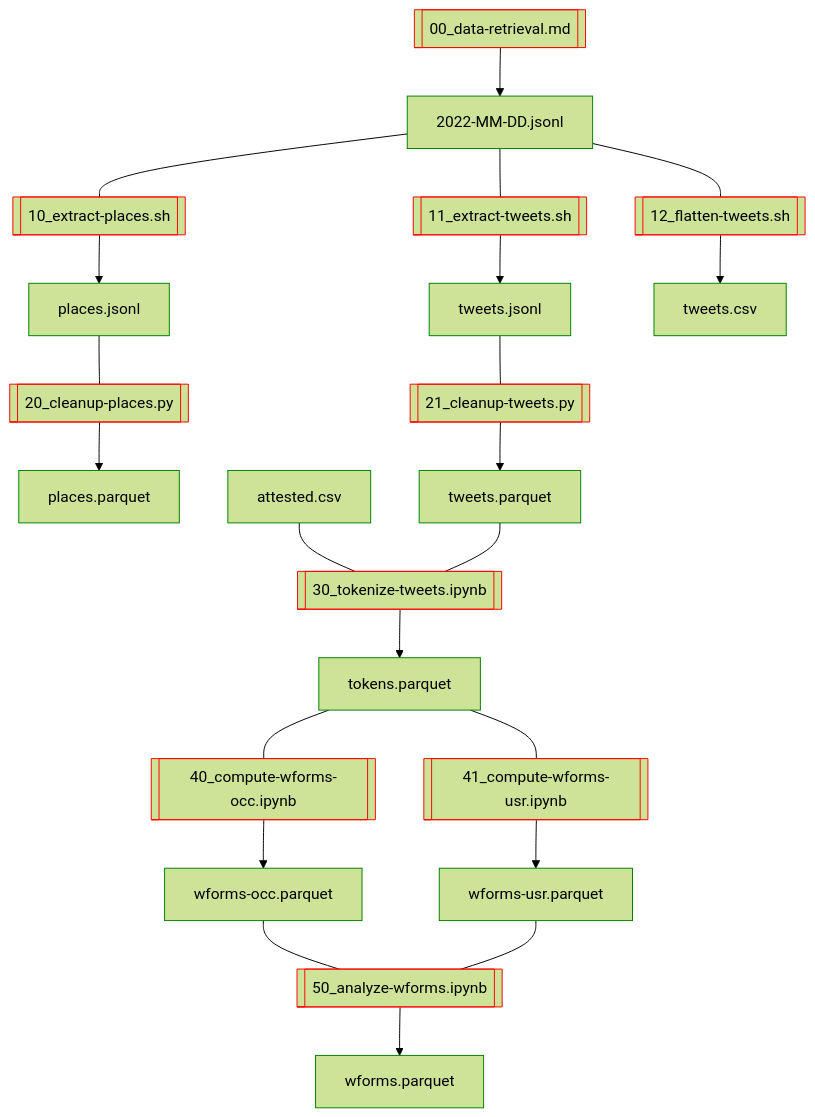
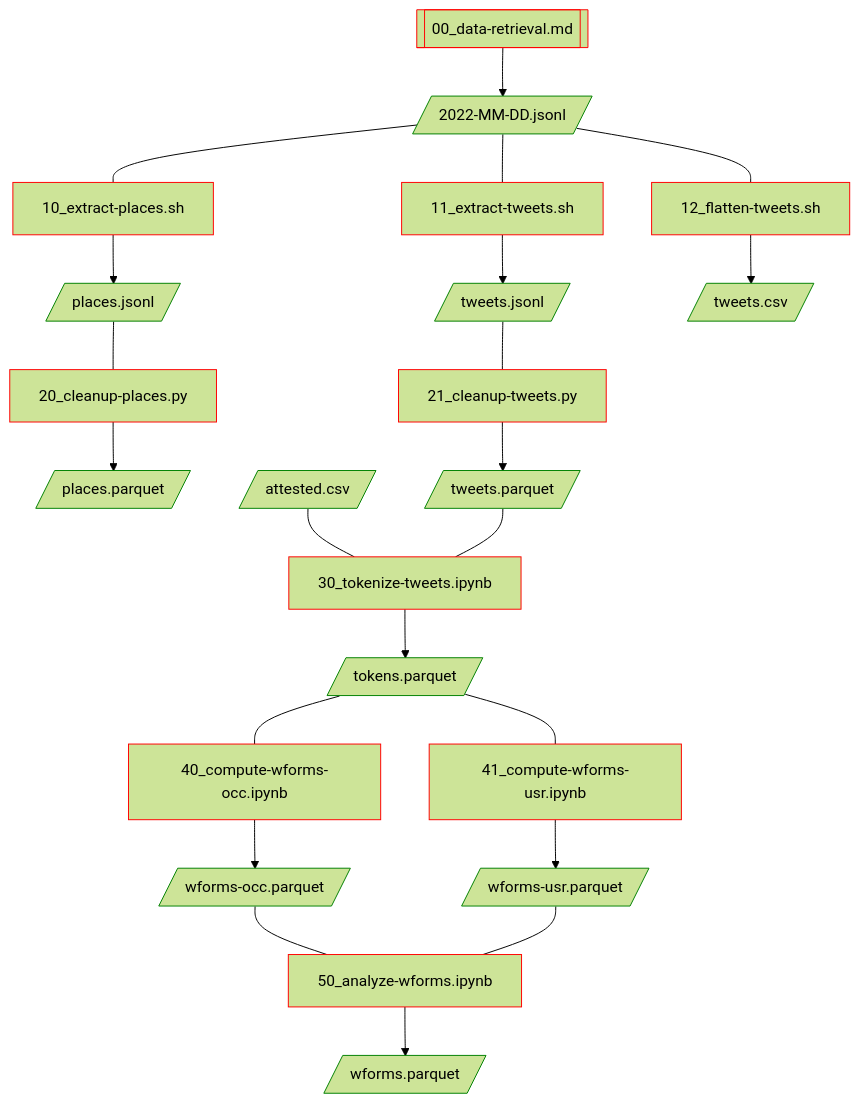
Before and after one commit to breviloquia-italica/pipeline: the diagram in README.md, drawn with Mermaid (forest theme).

Commit message:
Clean up shapes in flowchart

````diff
--- a/README.md
+++ b/README.md
@@ -3,35 +3,35 @@
 ```mermaid
 flowchart TD;
 
 00[[00_data-retrieval.md]]:::code;
-00 --> 2022-MM-DD.jsonl:::data;
+00 --> 2022-MM-DD.jsonl[/2022-MM-DD.jsonl/]:::data;
 
-10[[10_extract-places.sh]]:::code;
-11[[11_extract-tweets.sh]]:::code;
-12[[12_flatten-tweets.sh]]:::code;
-2022-MM-DD.jsonl --- 10 --> places.jsonl:::data;
-2022-MM-DD.jsonl --- 11 --> tweets.jsonl:::data;
-2022-MM-DD.jsonl --- 12 --> tweets.csv:::data;
+10[10_extract-places.sh]:::code;
+11[11_extract-tweets.sh]:::code;
+12[12_flatten-tweets.sh]:::code;
+2022-MM-DD.jsonl --- 10 --> places.jsonl[/places.jsonl/]:::data;
+2022-MM-DD.jsonl --- 11 --> tweets.jsonl[/tweets.jsonl/]:::data;
+2022-MM-DD.jsonl --- 12 --> tweets.csv[/tweets.csv/]:::data;
 
-20[[20_cleanup-places.py]]:::code;
-21[[21_cleanup-tweets.py]]:::code;
-places.jsonl --- 20 --> places.parquet:::data;
-tweets.jsonl --- 21 --> tweets.parquet:::data;
+20[20_cleanup-places.py]:::code;
+21[21_cleanup-tweets.py]:::code;
+places.jsonl --- 20 --> places.parquet[/places.parquet/]:::data;
+tweets.jsonl --- 21 --> tweets.parquet[/tweets.parquet/]:::data;
 
-30[[30_tokenize-tweets.ipynb]]:::code;
-attested.csv:::data --- 30;
-tweets.parquet --- 30 --> tokens.parquet:::data;
+30[30_tokenize-tweets.ipynb]:::code;
+attested.csv[/attested.csv/]:::data --- 30;
+tweets.parquet --- 30 --> tokens.parquet[/tokens.parquet/]:::data;
 
-40[[40_compute-wforms-occ.ipynb]]:::code;
-tokens.parquet --- 40 --> wforms-occ.parquet:::data;
+40[40_compute-wforms-occ.ipynb]:::code;
+tokens.parquet --- 40 --> wforms-occ.parquet[/wforms-occ.parquet/]:::data;
 
-41[[41_compute-wforms-usr.ipynb]]:::code;
-tokens.parquet --- 41 --> wforms-usr.parquet:::data;
+41[41_compute-wforms-usr.ipynb]:::code;
+tokens.parquet --- 41 --> wforms-usr.parquet[/wforms-usr.parquet/]:::data;
 
-50[[50_analyze-wforms.ipynb]]:::code;
+50[50_analyze-wforms.ipynb]:::code;
 wforms-occ.parquet --- 50;
-wforms-usr.parquet --- 50 --> wforms.parquet:::data;
+wforms-usr.parquet --- 50 --> wforms.parquet[/wforms.parquet/]:::data;
 
 classDef code stroke:red;
-classDef data stroke:green;
+classDef data stroke:green,shape:rectangle;
 ```
````
